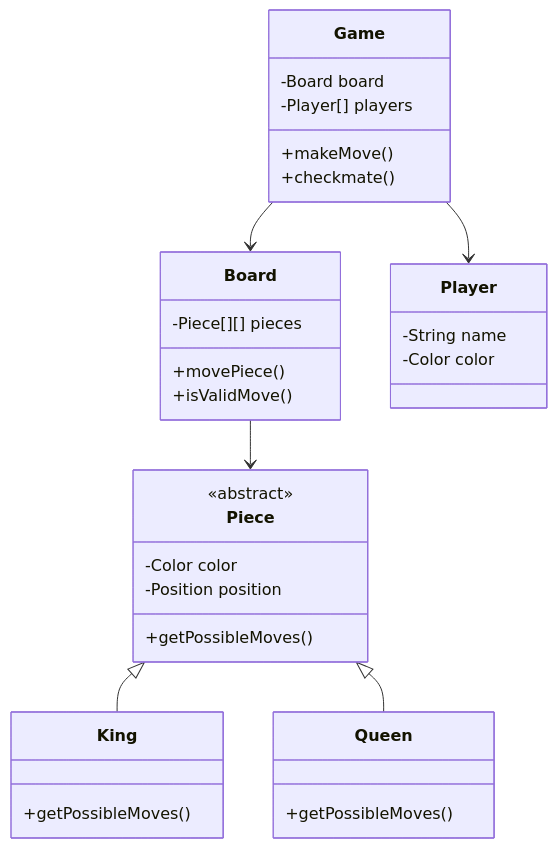
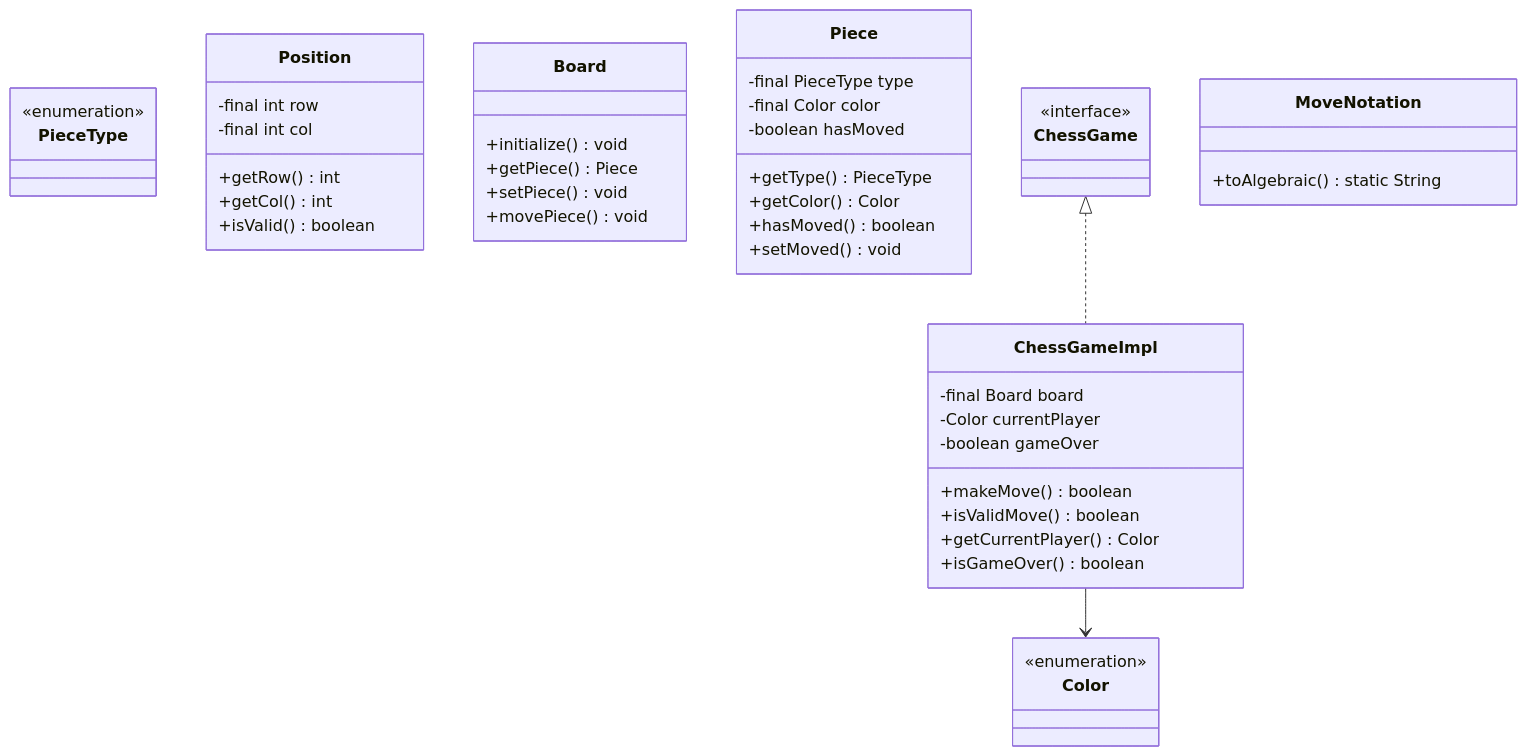
Before and after one commit to dlkr18/lld-playbook: the diagram in docs/problems/chess/diagrams/class-diagram.mmd, drawn with Mermaid. The commit also changed 131 other files, not shown here.

First line of the commit message:
feat: regenerate all class diagrams with comprehensive Java-based models

```diff
--- a/docs/problems/chess/diagrams/class-diagram.mmd
+++ b/docs/problems/chess/diagrams/class-diagram.mmd
@@ -1,33 +1,52 @@
 classDiagram
+
+    class ChessGameImpl {
+        -final Board board
+        -Color currentPlayer
+        -boolean gameOver
+        +makeMove() boolean
+        +isValidMove() boolean
+        +getCurrentPlayer() Color
+        +isGameOver() boolean
+    }
+
+    class PieceType
+    <<enumeration>> PieceType
+
+    class Position {
+        -final int row
+        -final int col
+        +getRow() int
+        +getCol() int
+        +isValid() boolean
+    }
+
     class Board {
-        -Piece[][] pieces
-        +movePiece()
-        +isValidMove()
+        +initialize() void
+        +getPiece() Piece
+        +setPiece() void
+        +movePiece() void
     }
+
     class Piece {
-        <<abstract>>
-        -Color color
-        -Position position
-        +getPossibleMoves()
+        -final PieceType type
+        -final Color color
+        -boolean hasMoved
+        +getType() PieceType
+        +getColor() Color
+        +hasMoved() boolean
+        +setMoved() void
     }
-    class King {
-        +getPossibleMoves()
+
+    class Color
+    <<enumeration>> Color
+
+    class ChessGame
+    <<interface>> ChessGame
+
+    class MoveNotation {
+        +toAlgebraic() static String
     }
-    class Queen {
-        +getPossibleMoves()
-    }
-    class Player {
-        -String name
-        -Color color
-    }
-    class Game {
-        -Board board
-        -Player[] players
-        +makeMove()
-        +checkmate()
-    }
-    Piece <|-- King
-    Piece <|-- Queen
-    Board --> Piece
-    Game --> Board
-    Game --> Player
+
+    ChessGame <|.. ChessGameImpl
+    ChessGameImpl --> Color
```
